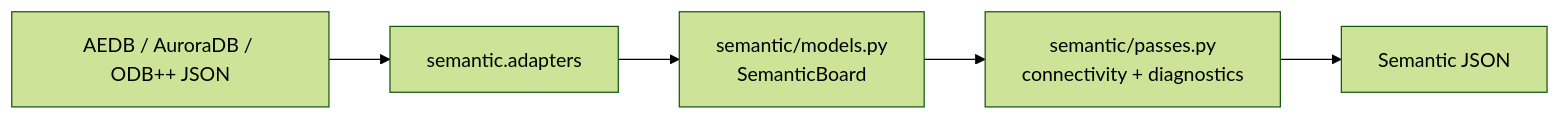
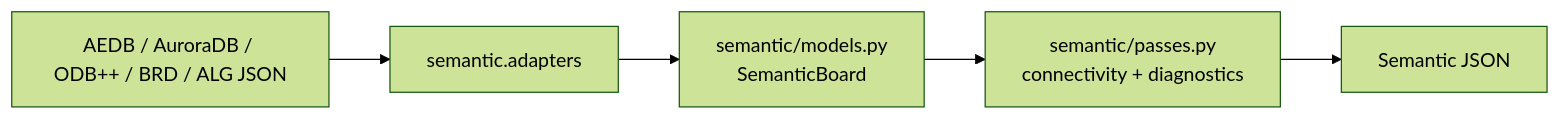
Before and after one commit to HaiwenZhang/ZenPCBParser: the seventh of 14 diagrams in docs/architecture.md, drawn with Mermaid (forest theme). The commit also changed other lines of this file and 73 other files, not shown here.

Commit message:
Add Allegro BRD and ALG translators

````diff
--- a/docs/architecture.md
+++ b/docs/architecture.md
@@ -187,10 +231,10 @@
 ```mermaid
 flowchart LR
-    source["AEDB / AuroraDB / ODB++ JSON"]
+    source["AEDB / AuroraDB / ODB++ / BRD / ALG JSON"]
     adapter["semantic.adapters"]
     model["semantic/models.py<br/>SemanticBoard"]
     pass["semantic/passes.py<br/>connectivity + diagnostics"]
     json["Semantic JSON"]
 
     source --> adapter --> model --> pass --> json
 ```
````
